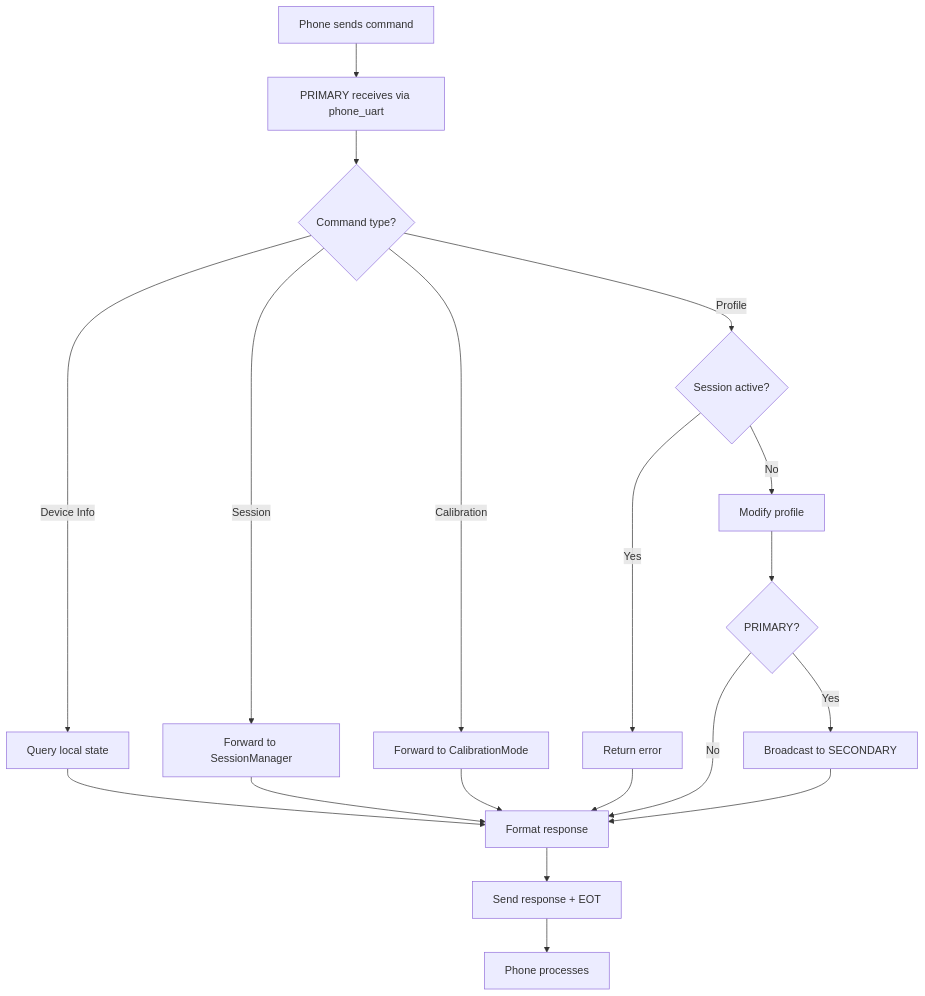
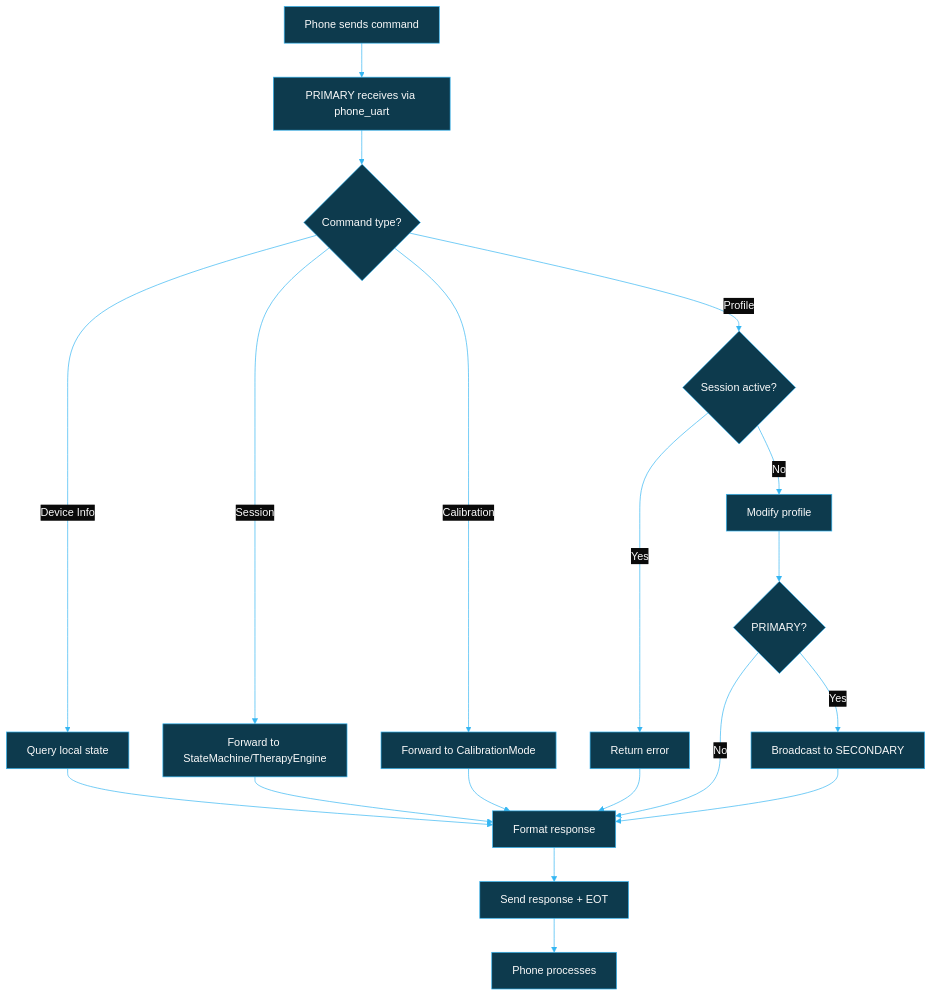
One commit to BlueBuzzah/BlueBuzzah-Firmware changed the diagram in docs/BLE_PROTOCOL.md. Above: the diagram before and after it, drawn with Mermaid. The commit also changed other lines of this file and 12 other files, not shown here.

First line of the commit message:
docs: update system documentation to accurately reflect current state, update diagram formats and styling

````diff
--- a/docs/BLE_PROTOCOL.md
+++ b/docs/BLE_PROTOCOL.md
@@ -107,21 +108,36 @@
 ```mermaid
+%%{init: {'theme': 'base', 'themeVariables': {
+  'primaryColor': '#0d3a4d',
+  'primaryTextColor': '#fafafa',
+  'primaryBorderColor': '#35B6F2',
+  'lineColor': '#35B6F2',
+  'secondaryColor': '#05212D',
+  'tertiaryColor': '#0a0a0a',
+  'background': '#0a0a0a',
+  'mainBkg': '#0d3a4d',
+  'nodeBorder': '#35B6F2',
+  'clusterBkg': '#05212D',
+  'clusterBorder': '#35B6F2',
+  'titleColor': '#fafafa',
+  'edgeLabelBackground': '#0a0a0a'
+}}}%%
 flowchart TD
     A[Phone sends command] --> B[PRIMARY receives via phone_uart]
     B --> C{Command type?}
     C -->|Device Info| D[Query local state]
     C -->|Profile| E{Session active?}
-    C -->|Session| F[Forward to SessionManager]
+    C -->|Session| F[Forward to StateMachine/TherapyEngine]
     C -->|Calibration| G[Forward to CalibrationMode]
     E -->|No| H[Modify profile]
     E -->|Yes| I[Return error]
     D --> J[Format response]
     F --> J
     G --> J
     H --> K{PRIMARY?}
     I --> J
     K -->|Yes| L[Broadcast to SECONDARY]
     K -->|No| J
     L --> J
     J --> M[Send response + EOT]
     M --> N[Phone processes]
 ```
````
